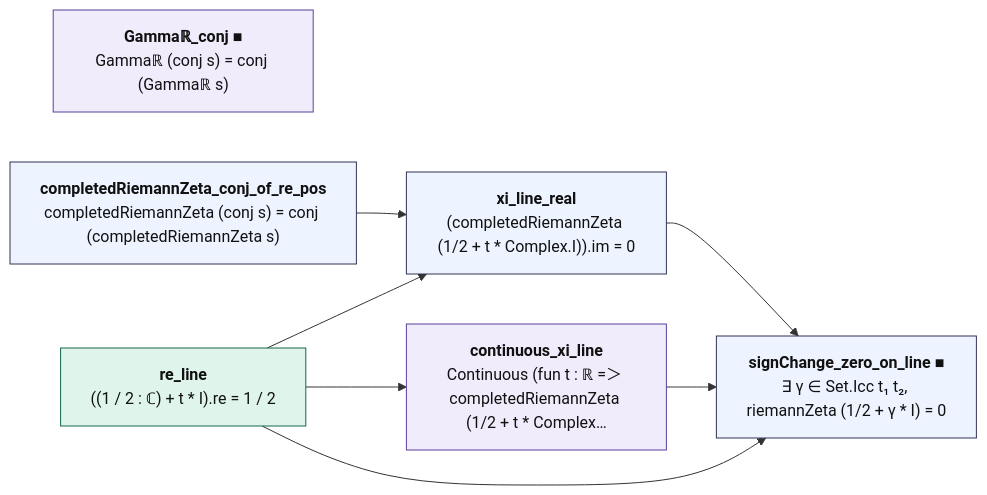
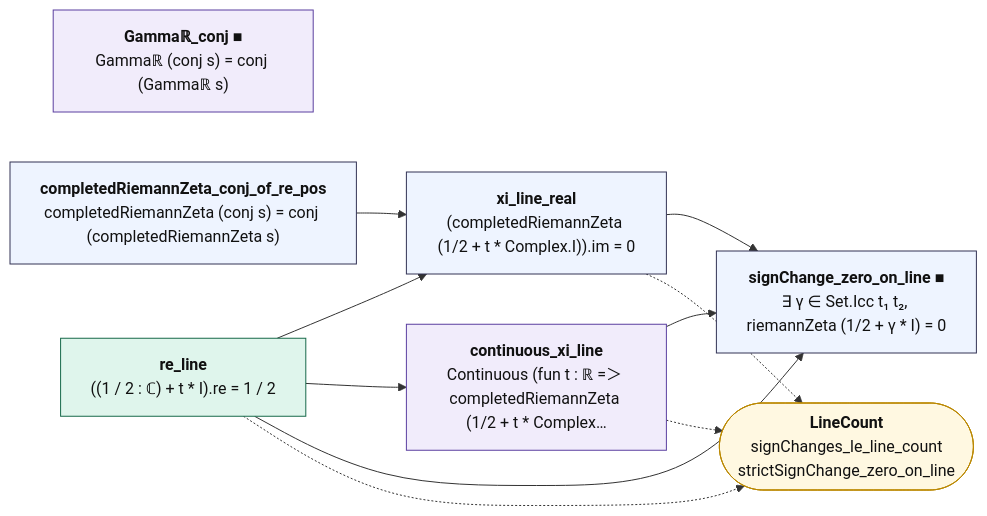
One commit to juliansambranojr/Primebeat_081426 changed the diagram in map/lean_stage3/HardyZ.mmd. Above: the diagram before and after it, drawn with Mermaid. The commit also changed 15 other files, not shown here.

```diff
--- a/map/lean_stage3/HardyZ.mmd
+++ b/map/lean_stage3/HardyZ.mmd
@@ -1,21 +1,25 @@
 flowchart LR
   n0["<b>Gammaℝ_conj ■</b><br/>Gammaℝ (conj s) = conj (Gammaℝ s)"]:::shp
   n1["<b>completedRiemannZeta_conj_of_re_pos</b><br/>completedRiemannZeta (conj s) = conj (completedRiemannZeta s)"]:::thm
   n2["<b>re_line</b><br/>((1 / 2 : ℂ) + t * I).re = 1 / 2"]:::cnt
   n3["<b>xi_line_real</b><br/>(completedRiemannZeta (1/2 + t * Complex.I)).im = 0"]:::thm
   n4["<b>continuous_xi_line</b><br/>Continuous (fun t : ℝ =＞ completedRiemannZeta (1/2 + t * Complex…"]:::shp
   n5["<b>signChange_zero_on_line ■</b><br/>∃ γ ∈ Set.Icc t₁ t₂, riemannZeta (1/2 + γ * I) = 0"]:::thm
+  x0(["<b>LineCount</b><br/>signChanges_le_line_count<br/>strictSignChange_zero_on_line"]):::ext
   n1 --> n3
   n2 --> n3
   n2 --> n4
   n2 --> n5
   n3 --> n5
   n4 --> n5
+  n2 -.-> x0
+  n3 -.-> x0
+  n4 -.-> x0
   classDef cnt fill:#dff5ec,stroke:#17694a,color:#111
   classDef shp fill:#f1ecfb,stroke:#5b3fa0,color:#111
   classDef rh fill:#ffe5e5,stroke:#c22,color:#111,stroke-width:2px
   classDef thm fill:#eef4ff,stroke:#335,color:#111
   classDef end_ fill:#e7f7e7,stroke:#2a7,color:#111,stroke-width:2px
   classDef lone fill:#fff,stroke:#999,color:#111,stroke-dasharray:4 3
   classDef bad fill:#ffe5e5,stroke:#c22,color:#111,stroke-width:2px
   classDef ext fill:#fff8e1,stroke:#b80,color:#111
```
